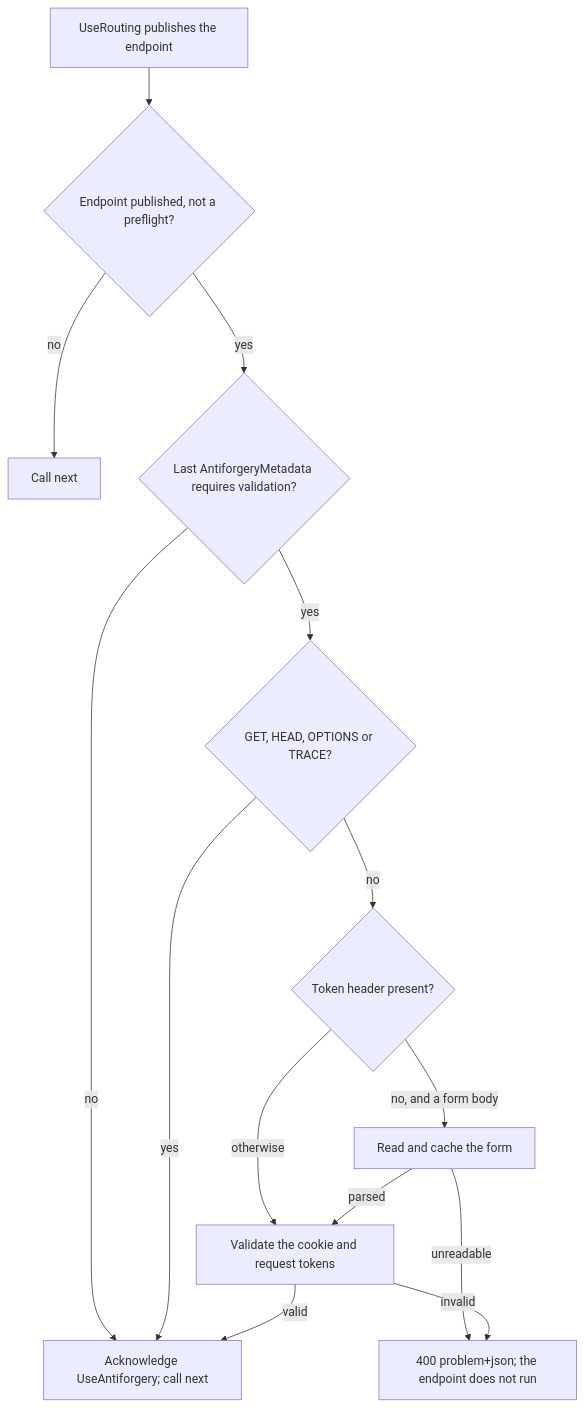
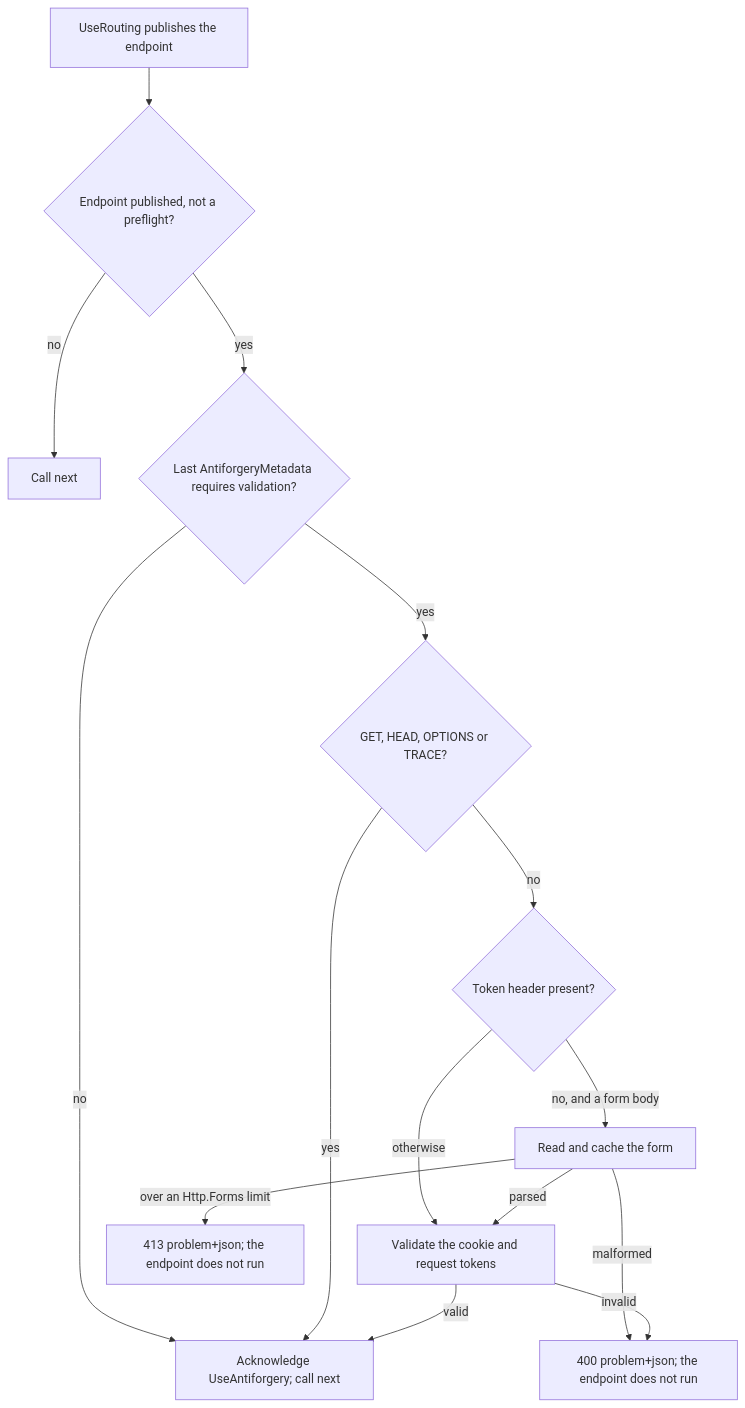
One commit to assimalign/cohesion changed the second of 2 diagrams in resources/Web/Assimalign.Cohesion.Web.Antiforgery/docs/DESIGN.md. Above: the diagram before and after it, drawn with Mermaid. The commit also changed 6 other files, not shown here.

````diff
--- a/resources/Web/Assimalign.Cohesion.Web.Antiforgery/docs/DESIGN.md
+++ b/resources/Web/Assimalign.Cohesion.Web.Antiforgery/docs/DESIGN.md
@@ -81,16 +81,17 @@
 ```mermaid
 flowchart TD
     Routing["UseRouting publishes the endpoint"] --> Endpoint{"Endpoint published, not a preflight?"}
     Endpoint -->|"no"| Next["Call next"]
     Endpoint -->|"yes"| Metadata{"Last AntiforgeryMetadata requires validation?"}
     Metadata -->|"no"| Ack["Acknowledge UseAntiforgery; call next"]
     Metadata -->|"yes"| Method{"GET, HEAD, OPTIONS or TRACE?"}
     Method -->|"yes"| Ack
     Method -->|"no"| Header{"Token header present?"}
     Header -->|"no, and a form body"| Form["Read and cache the form"]
     Header -->|"otherwise"| Validate["Validate the cookie and request tokens"]
     Form -->|"parsed"| Validate
-    Form -->|"unreadable"| Reject["400 problem+json; the endpoint does not run"]
+    Form -->|"over an Http.Forms limit"| TooLarge["413 problem+json; the endpoint does not run"]
+    Form -->|"malformed"| Reject["400 problem+json; the endpoint does not run"]
     Validate -->|"invalid"| Reject
     Validate -->|"valid"| Ack
 ```
````
